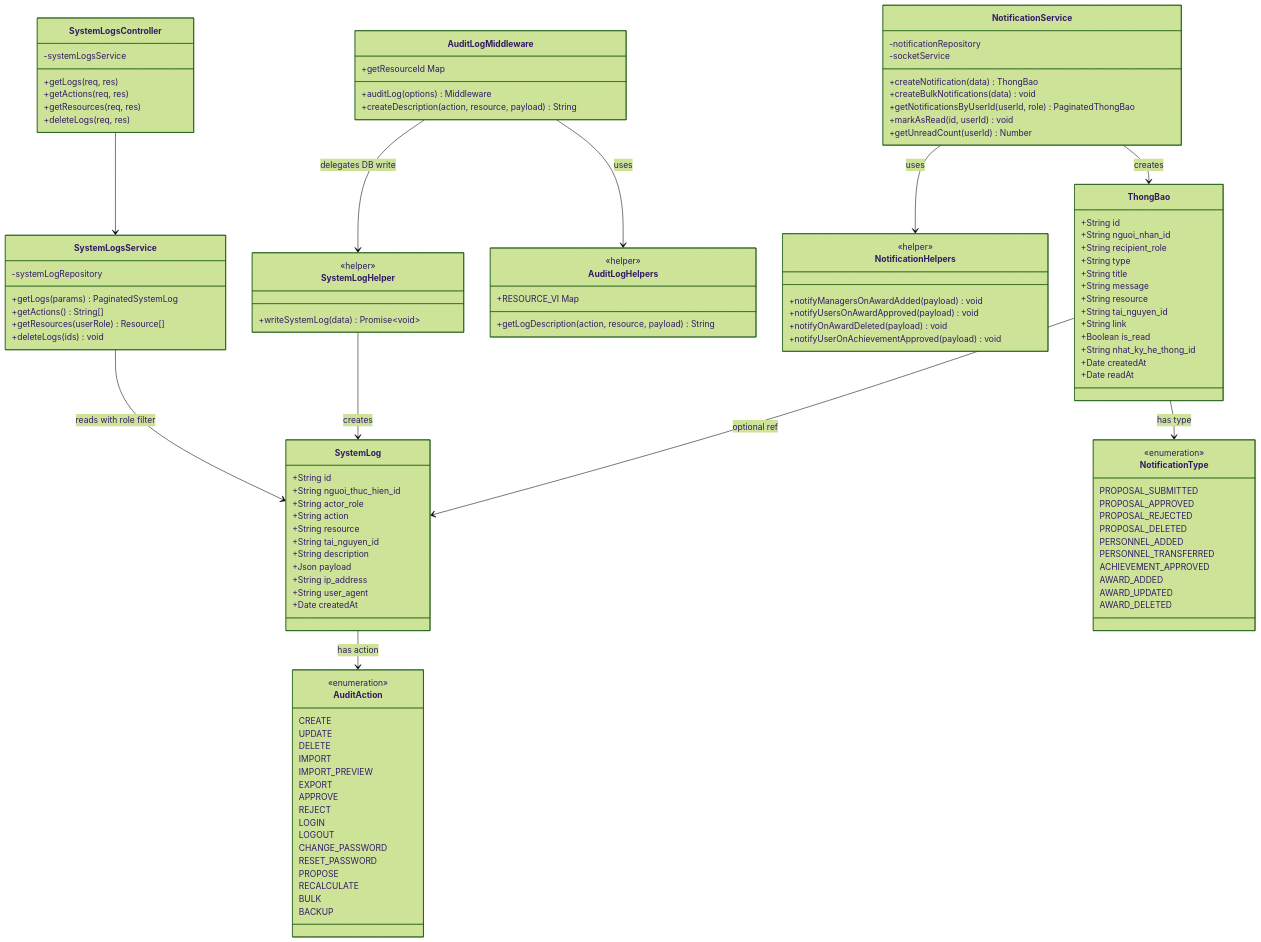
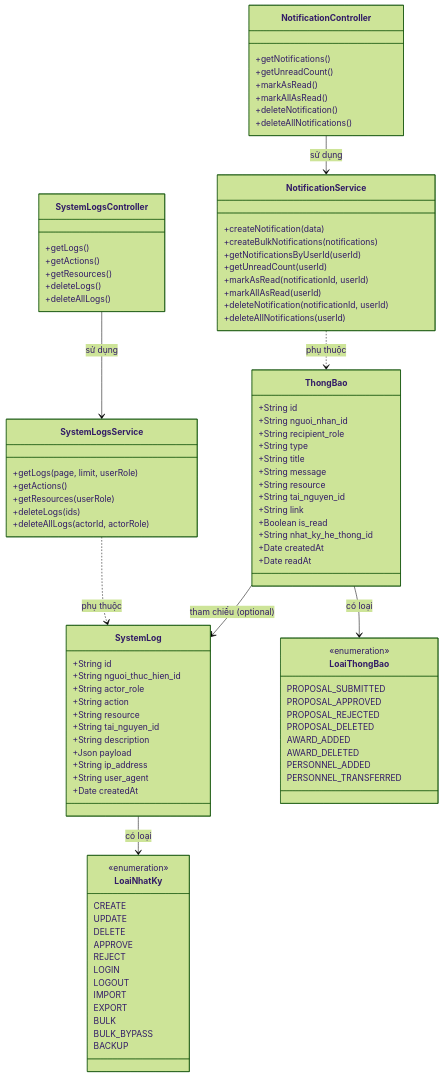
One commit to tranducbk/DATN_PM_QLKT changed the sixth of 6 diagrams in docs/diagrams/04-class.md. Above: the diagram before and after it, drawn with Mermaid (forest theme). The commit also changed other lines of this file and 123 other files, not shown here.

````diff
--- a/docs/diagrams/04-class.md
+++ b/docs/diagrams/04-class.md
@@ -449,19 +485,5 @@
 ```mermaid
 classDiagram
-    class SystemLog {
-        +String id
-        +String nguoi_thuc_hien_id
-        +String actor_role
-        +String action
-        +String resource
-        +String tai_nguyen_id
-        +String description
-        +Json payload
-        +String ip_address
-        +String user_agent
-        +Date createdAt
-    }
-
     class ThongBao {
         +String id
         +String nguoi_nhan_id
@@ -478,99 +500,89 @@
         +Date readAt
     }
 
-    class AuditAction {
-        <<enumeration>>
-        CREATE
-        UPDATE
-        DELETE
-        IMPORT
-        IMPORT_PREVIEW
-        EXPORT
-        APPROVE
-        REJECT
-        LOGIN
-        LOGOUT
-        CHANGE_PASSWORD
-        RESET_PASSWORD
-        PROPOSE
-        RECALCULATE
-        BULK
-        BACKUP
+    class SystemLog {
+        +String id
+        +String nguoi_thuc_hien_id
+        +String actor_role
+        +String action
+        +String resource
+        +String tai_nguyen_id
+        +String description
+        +Json payload
+        +String ip_address
+        +String user_agent
+        +Date createdAt
     }
 
-    class NotificationType {
+    class LoaiThongBao {
         <<enumeration>>
         PROPOSAL_SUBMITTED
         PROPOSAL_APPROVED
         PROPOSAL_REJECTED
         PROPOSAL_DELETED
+        AWARD_ADDED
+        AWARD_DELETED
         PERSONNEL_ADDED
         PERSONNEL_TRANSFERRED
-        ACHIEVEMENT_APPROVED
-        AWARD_ADDED
-        AWARD_UPDATED
-        AWARD_DELETED
     }
 
-    class AuditLogMiddleware {
-        +auditLog(options) Middleware
-        +createDescription(action, resource, payload) String
-        +getResourceId Map
+    class LoaiNhatKy {
+        <<enumeration>>
+        CREATE
+        UPDATE
+        DELETE
+        APPROVE
+        REJECT
+        LOGIN
+        LOGOUT
+        IMPORT
+        EXPORT
+        BULK
+        BULK_BYPASS
+        BACKUP
     }
 
-    class SystemLogHelper {
-        <<helper>>
-        +writeSystemLog(data) Promise~void~
+    class NotificationController {
+        +getNotifications()
+        +getUnreadCount()
+        +markAsRead()
+        +markAllAsRead()
+        +deleteNotification()
+        +deleteAllNotifications()
     }
 
-    class AuditLogHelpers {
-        <<helper>>
-        +getLogDescription(action, resource, payload) String
-        +RESOURCE_VI Map
+    class SystemLogsController {
+        +getLogs()
+        +getActions()
+        +getResources()
+        +deleteLogs()
+        +deleteAllLogs()
     }
 
     class NotificationService {
-        -notificationRepository
-        -socketService
-        +createNotification(data) ThongBao
-        +createBulkNotifications(data) void
-        +getNotificationsByUserId(userId, role) PaginatedThongBao
-        +markAsRead(id, userId) void
-        +getUnreadCount(userId) Number
-    }
-
-    class NotificationHelpers {
-        <<helper>>
-        +notifyManagersOnAwardAdded(payload) void
-        +notifyUsersOnAwardApproved(payload) void
-        +notifyOnAwardDeleted(payload) void
-        +notifyUserOnAchievementApproved(payload) void
-    }
-
-    class SystemLogsController {
-        -systemLogsService
-        +getLogs(req, res)
-        +getActions(req, res)
-        +getResources(req, res)
-        +deleteLogs(req, res)
+        +createNotification(data)
+        +createBulkNotifications(notifications)
+        +getNotificationsByUserId(userId)
+        +getUnreadCount(userId)
+        +markAsRead(notificationId, userId)
+        +markAllAsRead(userId)
+        +deleteNotification(notificationId, userId)
+        +deleteAllNotifications(userId)
     }
 
     class SystemLogsService {
-        -systemLogRepository
-        +getLogs(params) PaginatedSystemLog
-        +getActions() String[]
-        +getResources(userRole) Resource[]
-        +deleteLogs(ids) void
+        +getLogs(page, limit, userRole)
+        +getActions()
+        +getResources(userRole)
+        +deleteLogs(ids)
+        +deleteAllLogs(actorId, actorRole)
     }
 
-    SystemLog --> AuditAction : has action
-    ThongBao --> NotificationType : has type
-    ThongBao --> SystemLog : optional ref
-    AuditLogMiddleware --> AuditLogHelpers : uses
-    AuditLogMiddleware --> SystemLogHelper : delegates DB write
-    SystemLogHelper --> SystemLog : creates
-    NotificationService --> NotificationHelpers : uses
-    NotificationService --> ThongBao : creates
-    SystemLogsController --> SystemLogsService
-    SystemLogsService --> SystemLog : reads with role filter
+    ThongBao --> LoaiThongBao : có loại
+    ThongBao --> SystemLog : tham chiếu (optional)
+    SystemLog --> LoaiNhatKy : có loại
+    NotificationController --> NotificationService : sử dụng
+    SystemLogsController --> SystemLogsService : sử dụng
+    NotificationService ..> ThongBao : phụ thuộc
+    SystemLogsService ..> SystemLog : phụ thuộc
 ```
````
